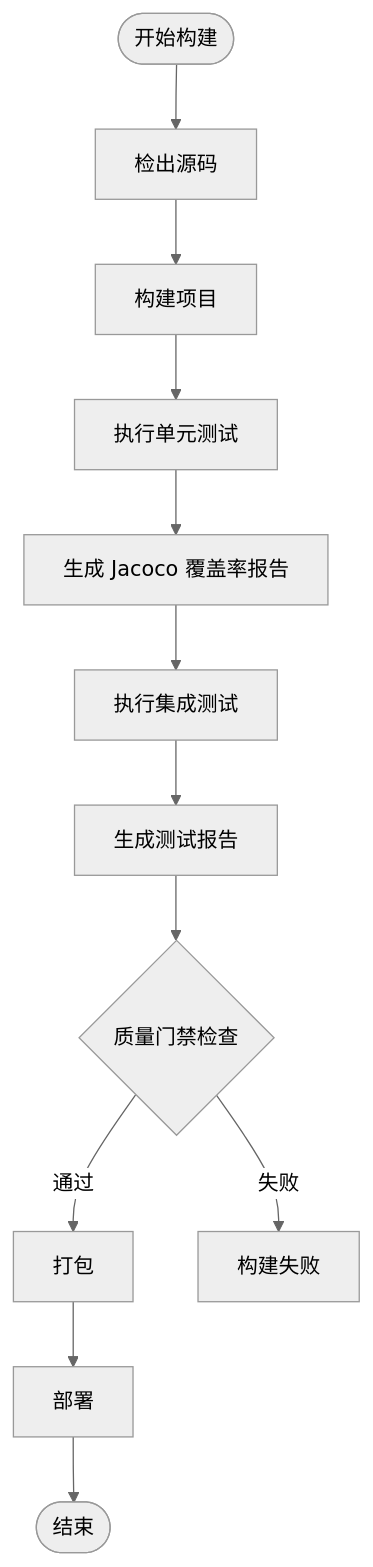
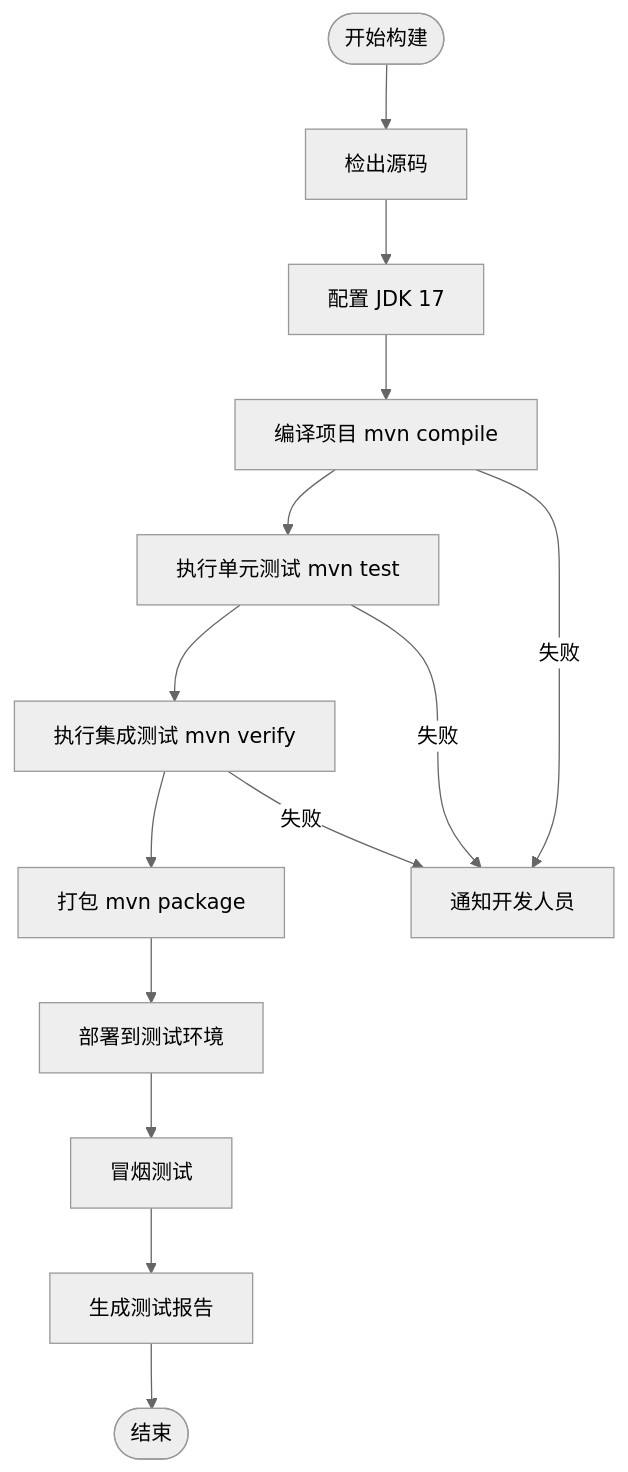
The second of 3 diagrams in ruoyi-admin/.gientech/wiki/测试策略.md (ChenLiyan-GT/RuoYi-Vue), drawn with Mermaid (neutral theme) before and after one commit. The commit also changed other lines of this file and 82 other files, not shown here.

````diff
--- a/ruoyi-admin/.gientech/wiki/测试策略.md
+++ b/ruoyi-admin/.gientech/wiki/测试策略.md
@@ -501,14 +255,16 @@
 ```mermaid
 flowchart TD
 Start([开始构建]) --> Checkout[检出源码]
-Checkout --> Build[构建项目]
-Build --> UnitTest[执行单元测试]
-UnitTest --> JacocoReport[生成 Jacoco 覆盖率报告]
-JacocoReport --> IntegrationTest[执行集成测试]
-IntegrationTest --> TestReport[生成测试报告]
-TestReport --> QualityGate{质量门禁检查}
-QualityGate --> |通过 | Package[打包]
-QualityGate --> |失败 | FailBuild[构建失败]
-Package --> Deploy[部署]
-Deploy --> End([结束])
+Checkout --> SetupJava[配置 JDK 17]
+SetupJava --> Build[编译项目 mvn compile]
+Build --> UnitTest[执行单元测试 mvn test]
+UnitTest --> IntegrationTest[执行集成测试 mvn verify]
+IntegrationTest --> Package[打包 mvn package]
+Package --> Deploy[部署到测试环境]
+Deploy --> SmokeTest[冒烟测试]
+SmokeTest --> Report[生成测试报告]
+Report --> End([结束])
+Build --> |失败| Notify[通知开发人员]
+UnitTest --> |失败| Notify
+IntegrationTest --> |失败| Notify
 ```
````
